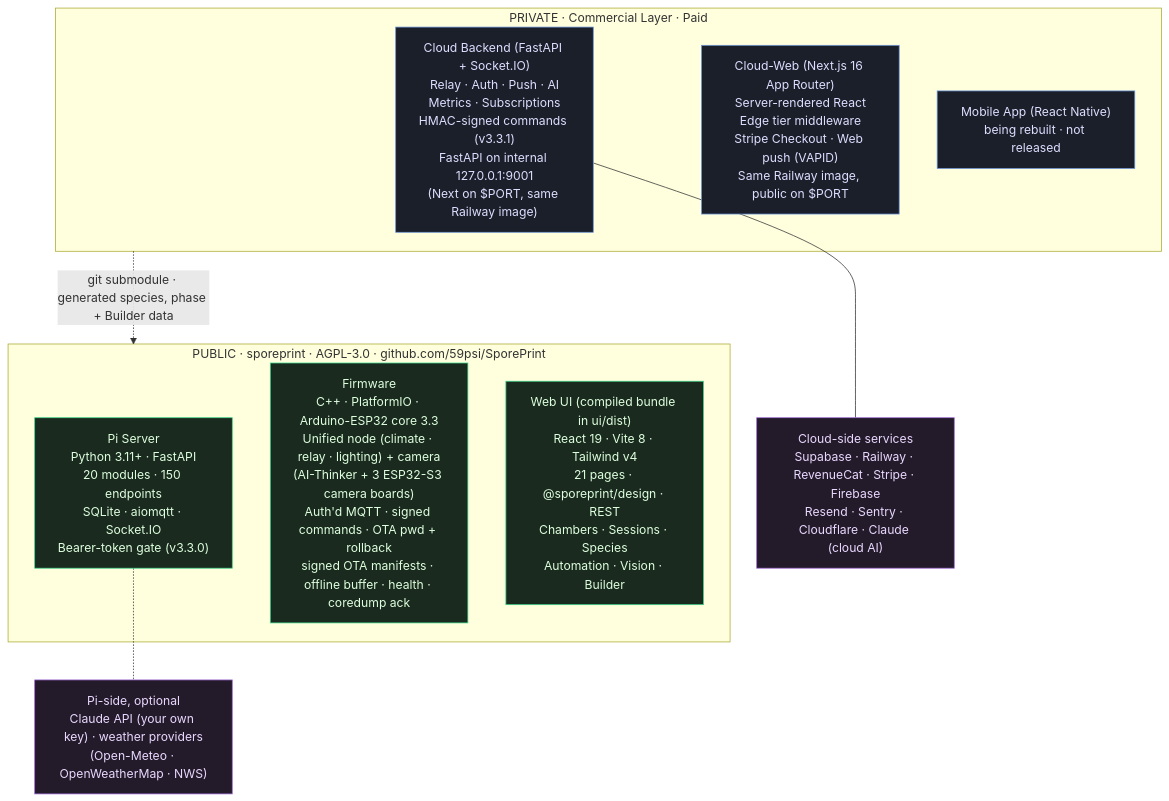
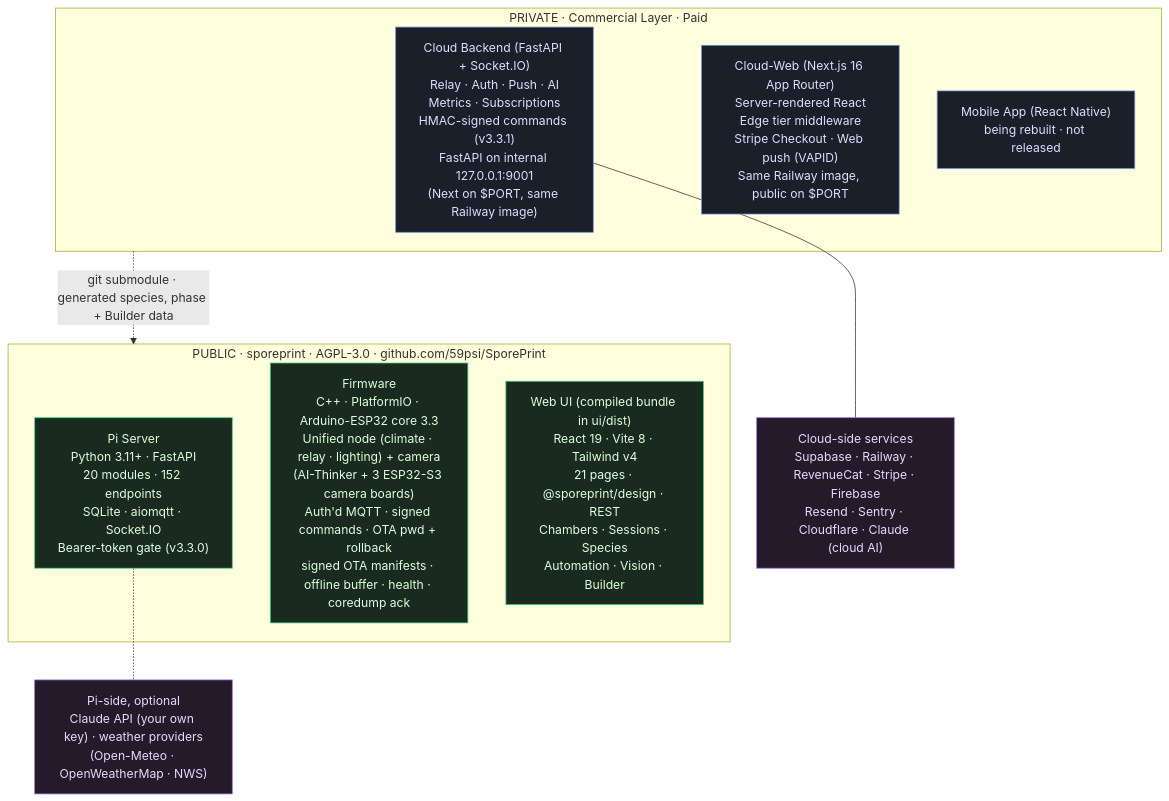
The diagram in docs/dual-repo-architecture.md (59psi/SporePrint), drawn with Mermaid before and after one commit. The commit also changed 380 other files, not shown here.

````diff
--- a/docs/dual-repo-architecture.md
+++ b/docs/dual-repo-architecture.md
@@ -9,29 +9,29 @@
 ```mermaid
 flowchart TB
     subgraph Public["PUBLIC · sporeprint · AGPL-3.0 · github.com/59psi/SporePrint"]
-        Server["Pi Server<br/>Python 3.11+ · FastAPI<br/>20 modules · 150 endpoints<br/>SQLite · aiomqtt · Socket.IO<br/>Bearer-token gate (v3.3.0)"]
+        Server["Pi Server<br/>Python 3.11+ · FastAPI<br/>20 modules · 152 endpoints<br/>SQLite · aiomqtt · Socket.IO<br/>Bearer-token gate (v3.3.0)"]
         Firmware["Firmware<br/>C++ · PlatformIO · Arduino-ESP32 core 3.3<br/>Unified node (climate · relay · lighting) + camera<br/>(AI-Thinker + 3 ESP32-S3 camera boards)<br/>Auth'd MQTT · signed commands · OTA pwd + rollback<br/>signed OTA manifests · offline buffer · health · coredump ack"]
         WebUI["Web UI (compiled bundle in ui/dist)<br/>React 19 · Vite 8 · Tailwind v4<br/>21 pages · @sporeprint/design · REST<br/>Chambers · Sessions · Species<br/>Automation · Vision · Builder"]
     end
 
     subgraph Private["PRIVATE · Commercial Layer · Paid"]
         Cloud["Cloud Backend (FastAPI + Socket.IO)<br/>Relay · Auth · Push · AI<br/>Metrics · Subscriptions<br/>HMAC-signed commands (v3.3.1)<br/>FastAPI on internal 127.0.0.1:9001<br/>(Next on $PORT, same Railway image)"]
         CloudWeb["Cloud-Web (Next.js 16 App Router)<br/>Server-rendered React<br/>Edge tier middleware<br/>Stripe Checkout · Web push (VAPID)<br/>Same Railway image, public on $PORT"]
         Mobile["Mobile App (React Native)<br/>being rebuilt · not released"]
     end
 
     Private -.->|git submodule · generated species, phase + Builder data| Public
 
     Services["Cloud-side services<br/>Supabase · Railway · RevenueCat · Stripe · Firebase<br/>Resend · Sentry · Cloudflare · Claude (cloud AI)"]
     PiExt["Pi-side, optional<br/>Claude API (your own key) · weather providers<br/>(Open-Meteo · OpenWeatherMap · NWS)"]
 
     Cloud --- Services
     Server -.- PiExt
 
     classDef public fill:#1a2a1f,stroke:#3dd68c,color:#dfd;
     classDef private fill:#1a1f2a,stroke:#6b93d6,color:#ddf;
     classDef svc fill:#231a2a,stroke:#a06bd6,color:#e8d8ff;
     class Server,Firmware,WebUI public;
     class Cloud,CloudWeb,Mobile private;
     class Services,PiExt svc;
 ```
````
